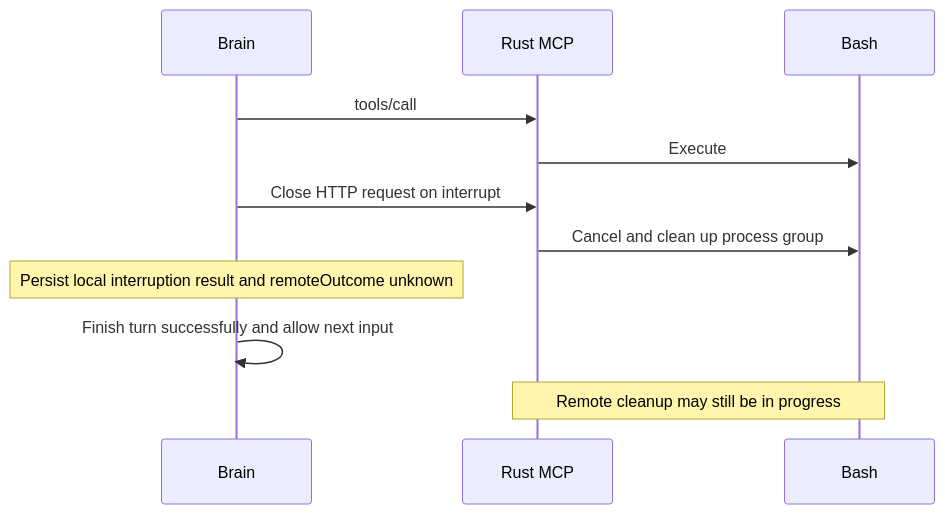
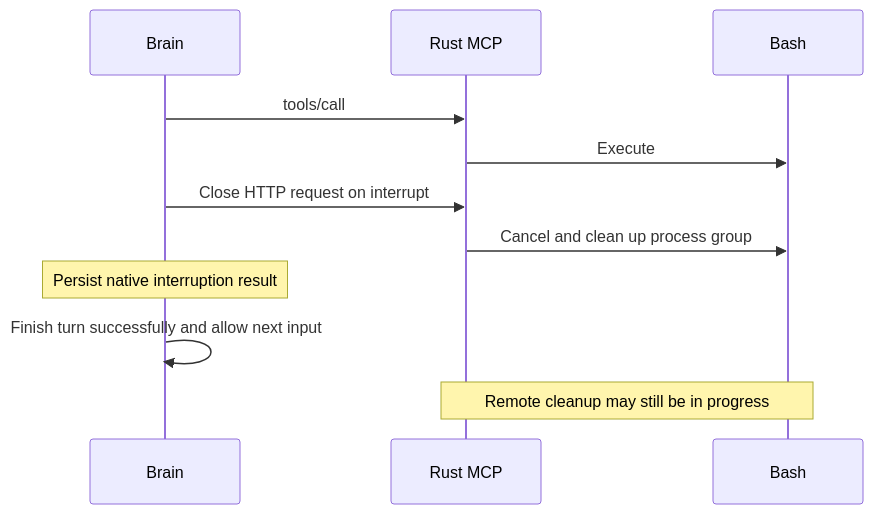
The fifth of 8 diagrams in docs/design/be/brain-runtime.md (superduck-ai/open-managed-agents), drawn with Mermaid before and after one commit. The commit also changed other lines of this file and 57 other files, not shown here.

Commit message:
refactor(brain): restore DSH sessions from native logs

````diff
--- a/docs/design/be/brain-runtime.md
+++ b/docs/design/be/brain-runtime.md
@@ -173,13 +181,13 @@
 ```mermaid
 sequenceDiagram
     participant Brain
     participant MCP as Rust MCP
     participant Bash
     Brain->>MCP: tools/call
     MCP->>Bash: Execute
     Brain->>MCP: Close HTTP request on interrupt
     MCP->>Bash: Cancel and clean up process group
-    Note over Brain: Persist local interruption result and remoteOutcome unknown
+    Note over Brain: Persist native interruption result
     Brain->>Brain: Finish turn successfully and allow next input
     Note over MCP,Bash: Remote cleanup may still be in progress
 ```
````
